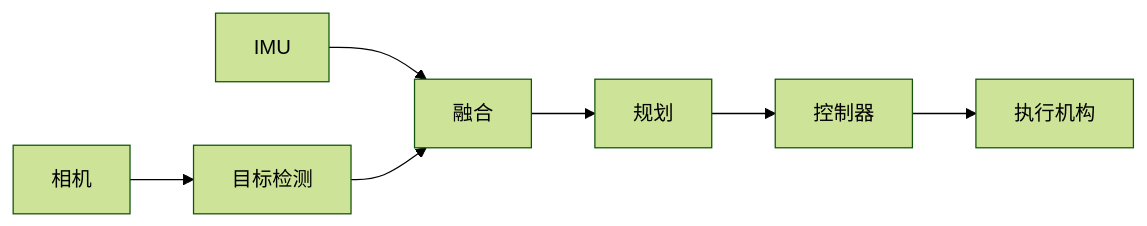
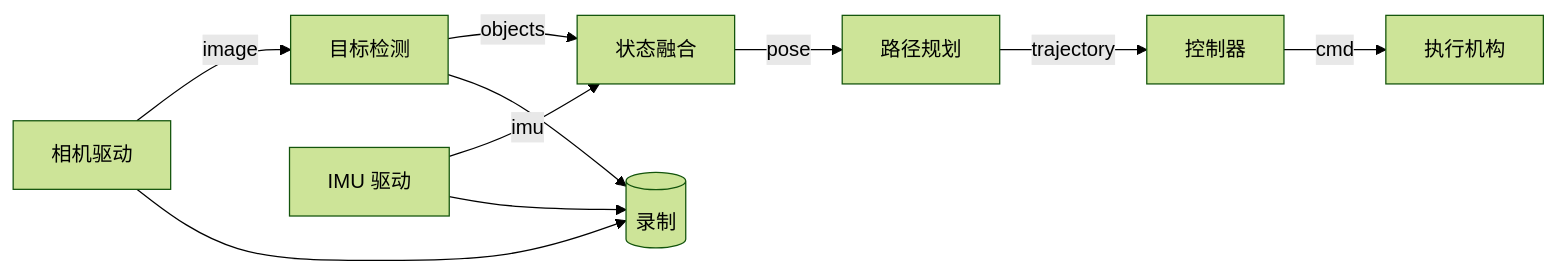
Before and after one commit to cavemancave/mw-study: the sixth of 7 diagrams in docs/chapter1.md, drawn with Mermaid (forest theme). The commit also changed other lines of this file and 6 other files, not shown here.

````diff
--- a/docs/chapter1.md
+++ b/docs/chapter1.md
@@ -122,9 +299,10 @@
 ```mermaid
 flowchart LR
-    CAM[相机] --> DET[目标检测]
-    IMU[IMU] --> FUSE[融合]
-    DET --> FUSE
-    FUSE --> PLAN[规划]
-    PLAN --> CTRL[控制器]
-    CTRL --> ACT[执行机构]
+    CAM[相机驱动] -->|image| DET[目标检测]
+    IMU[IMU 驱动] -->|imu| FUSE[状态融合]
+    DET -->|objects| FUSE
+    FUSE -->|pose| PLAN[路径规划]
+    PLAN -->|trajectory| CTRL[控制器]
+    CTRL -->|cmd| ACT[执行机构]
+    CAM & IMU & DET --> REC[(录制)]
 ```
````
